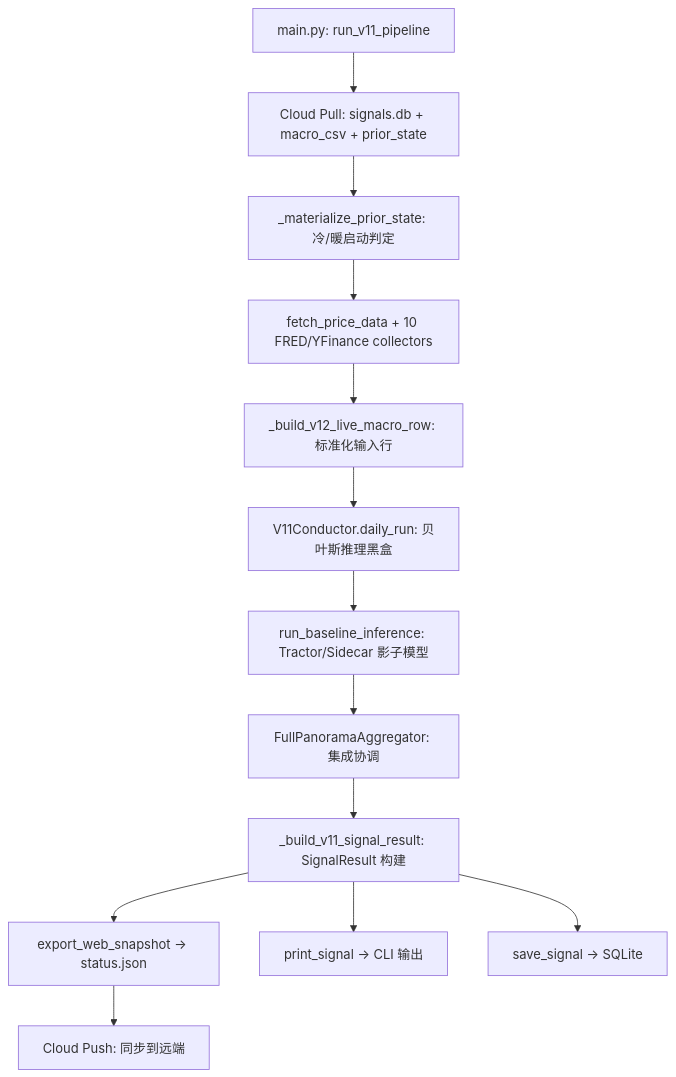
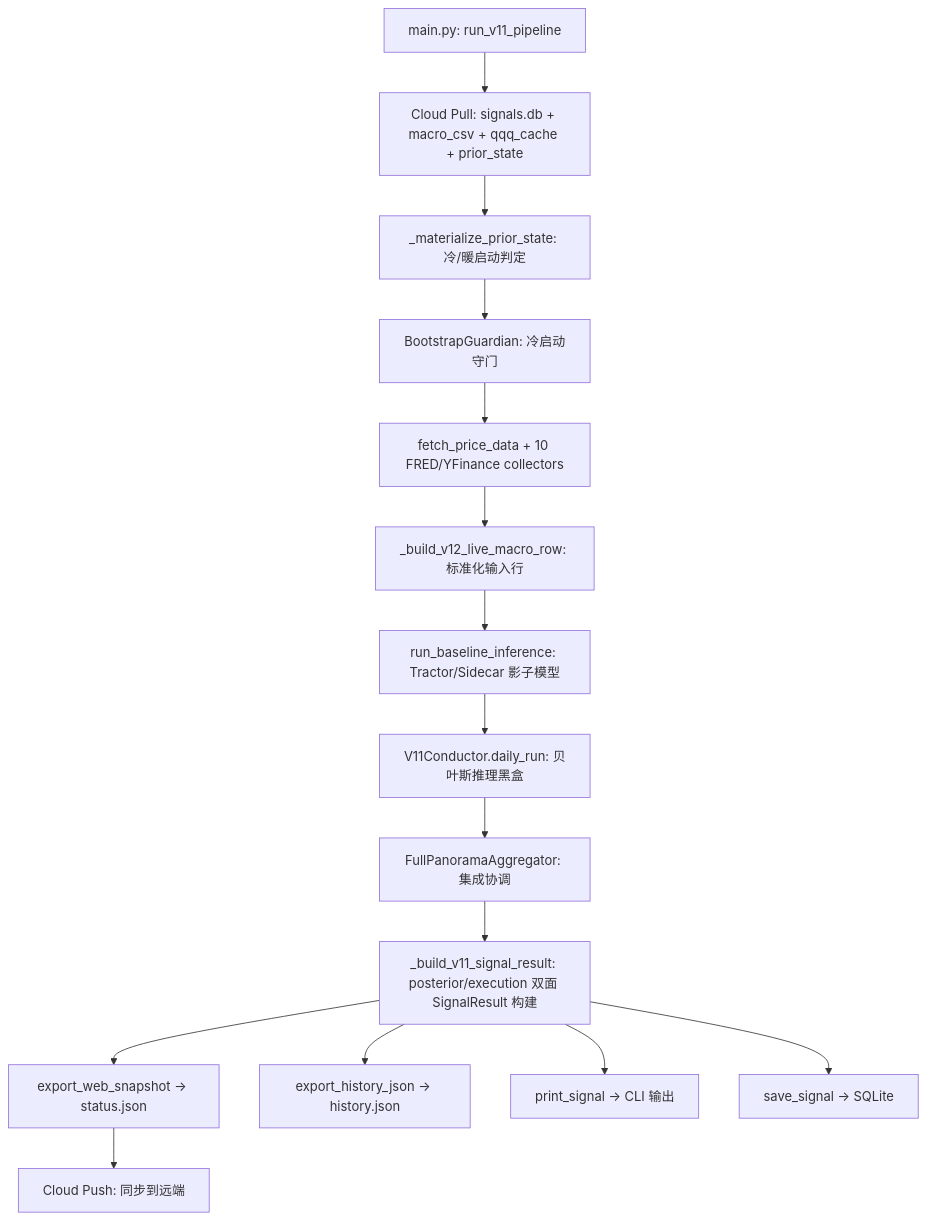
The diagram in docs/audit/production_pipeline_forensic_audit.md (yutaofr/qqq-buyer-monitor), drawn with Mermaid before and after one commit. The commit also changed other lines of this file and 9 other files, not shown here.

Commit message:
Align web and runtime contracts with posterior-first flow

````diff
--- a/docs/audit/production_pipeline_forensic_audit.md
+++ b/docs/audit/production_pipeline_forensic_audit.md
@@ -27,15 +27,17 @@
 ```mermaid
 graph TD
-    A[main.py: run_v11_pipeline] --> B[Cloud Pull: signals.db + macro_csv + prior_state]
+    A[main.py: run_v11_pipeline] --> B[Cloud Pull: signals.db + macro_csv + qqq_cache + prior_state]
     B --> C[_materialize_prior_state: 冷/暖启动判定]
-    C --> D[fetch_price_data + 10 FRED/YFinance collectors]
-    D --> E[_build_v12_live_macro_row: 标准化输入行]
-    E --> F[V11Conductor.daily_run: 贝叶斯推理黑盒]
+    C --> D[BootstrapGuardian: 冷启动守门]
+    D --> E[fetch_price_data + 10 FRED/YFinance collectors]
+    E --> F[_build_v12_live_macro_row: 标准化输入行]
     F --> G[run_baseline_inference: Tractor/Sidecar 影子模型]
-    G --> H[FullPanoramaAggregator: 集成协调]
-    H --> I[_build_v11_signal_result: SignalResult 构建]
-    I --> J1[export_web_snapshot → status.json]
-    I --> J2[print_signal → CLI 输出]
-    I --> J3[save_signal → SQLite]
-    J1 --> K[Cloud Push: 同步到远端]
+    G --> H[V11Conductor.daily_run: 贝叶斯推理黑盒]
+    H --> I[FullPanoramaAggregator: 集成协调]
+    I --> J[_build_v11_signal_result: posterior/execution 双面 SignalResult 构建]
+    J --> K1[export_web_snapshot → status.json]
+    J --> K2[export_history_json → history.json]
+    J --> K3[print_signal → CLI 输出]
+    J --> K4[save_signal → SQLite]
+    K1 --> L[Cloud Push: 同步到远端]
 ```
````
